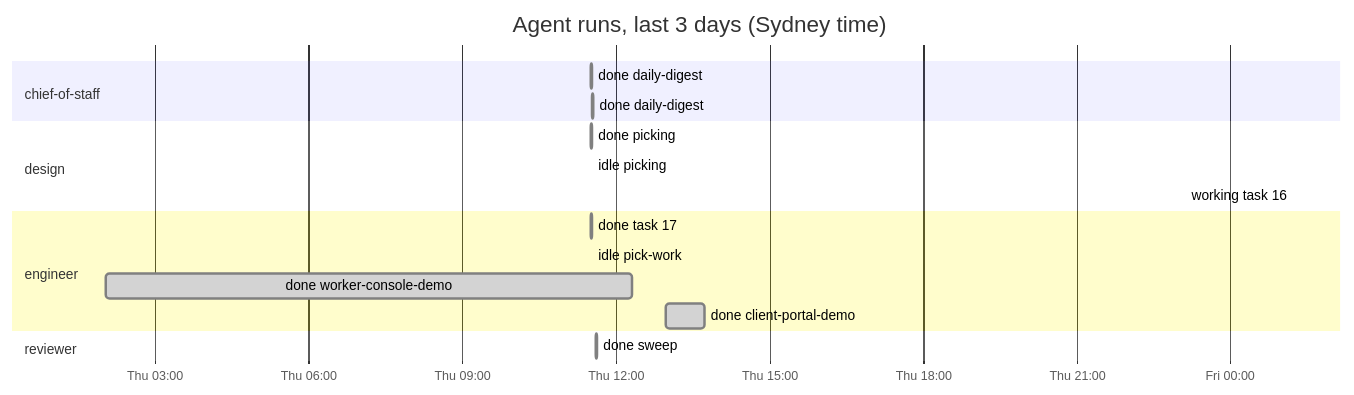
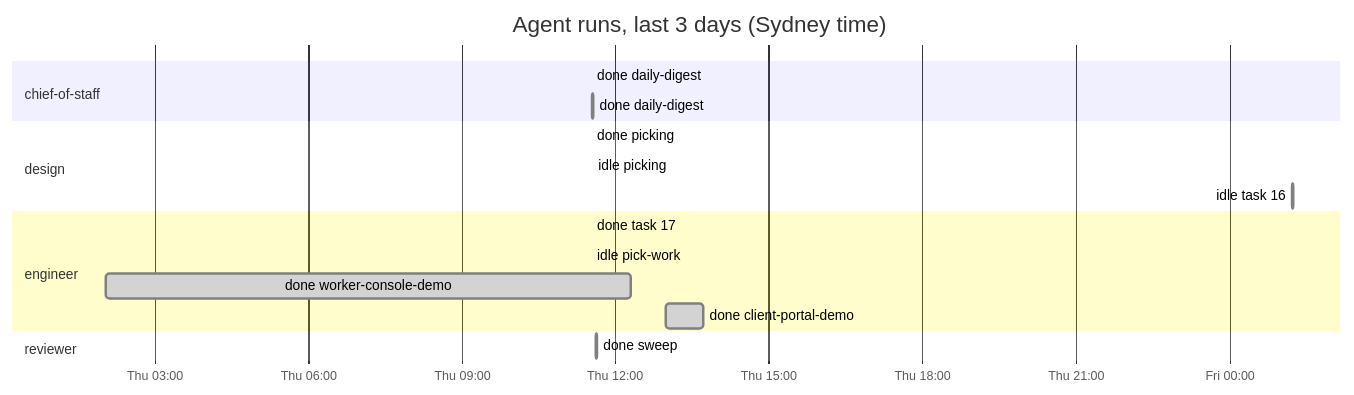
One commit to roulmediateam-byte/fifteen-expert-hq changed the diagram in dashboard.md. Above: the diagram before and after it, drawn with Mermaid. The commit also changed other lines of this file and 1 other file, not shown here.

````diff
--- a/dashboard.md
+++ b/dashboard.md
@@ -33,20 +33,20 @@
 ```mermaid
 gantt
     title Agent runs, last 3 days (Sydney time)
     dateFormat YYYY-MM-DD HH:mm
     axisFormat %a %H:%M
     section chief-of-staff
     done daily-digest :done, 2026-11-05 11:31, 2026-11-05 11:32
     done daily-digest :done, 2026-11-05 11:33, 2026-11-05 11:34
     section design
     done picking :done, 2026-11-05 11:31, 2026-11-05 11:32
     idle picking :done, 2026-11-05 11:33, 2026-11-05 11:33
-    working task 16 :active, 2026-11-06 01:14, 2026-11-06 01:14
+    idle task 16 :done, 2026-11-06 01:14, 2026-11-06 01:15
     section engineer
     done task 17 :done, 2026-11-05 11:31, 2026-11-05 11:32
     idle pick-work :done, 2026-11-05 11:32, 2026-11-05 11:32
     done worker-console-demo :done, 2026-11-05 02:03, 2026-11-05 12:19
     done client-portal-demo :done, 2026-11-05 12:59, 2026-11-05 13:44
     section reviewer
     done sweep :done, 2026-11-05 11:37, 2026-11-05 11:39
 ```
````
